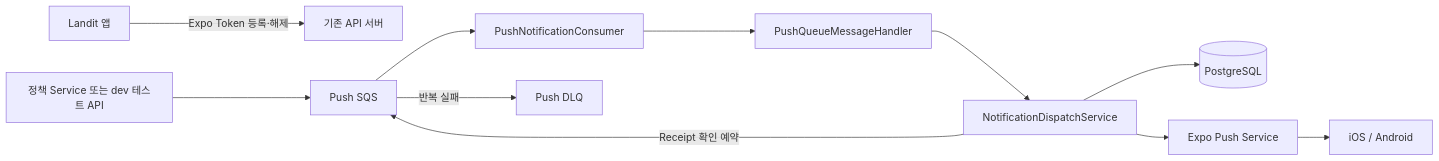
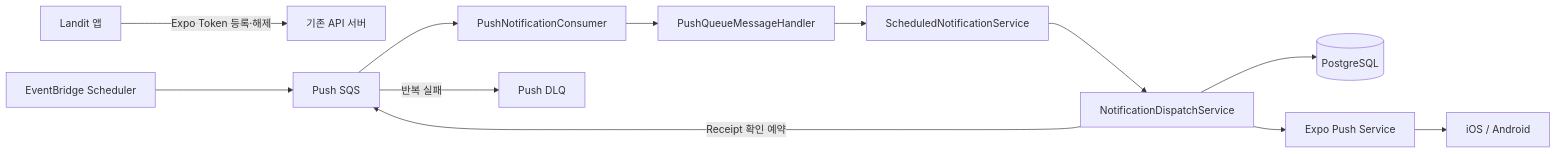
Before and after one commit to Aragornnnnnn/landit-be: the diagram in docs/tasks/LAN-184/design.md, drawn with Mermaid. The commit also changed other lines of this file and 15 other files, not shown here.

````diff
--- a/docs/tasks/LAN-184/design.md
+++ b/docs/tasks/LAN-184/design.md
@@ -17,13 +18,14 @@
 ```mermaid
 flowchart LR
     APP["Landit 앱"] -->|"Expo Token 등록·해제"| API["기존 API 서버"]
-    PRODUCER["정책 Service 또는 dev 테스트 API"] --> SQS["Push SQS"]
+    SCHEDULER["EventBridge Scheduler"] --> SQS["Push SQS"]
     SQS --> CON["PushNotificationConsumer"]
     CON --> HANDLER["PushQueueMessageHandler"]
-    HANDLER --> SEND["NotificationDispatchService"]
+    HANDLER --> SELECT["ScheduledNotificationService"]
+    SELECT --> SEND["NotificationDispatchService"]
     SEND --> DB[("PostgreSQL")]
     SEND --> EXPO["Expo Push Service"]
     EXPO --> DEVICE["iOS / Android"]
     SEND -->|"Receipt 확인 예약"| SQS
     SQS -->|"반복 실패"| DLQ["Push DLQ"]
 ```
````
